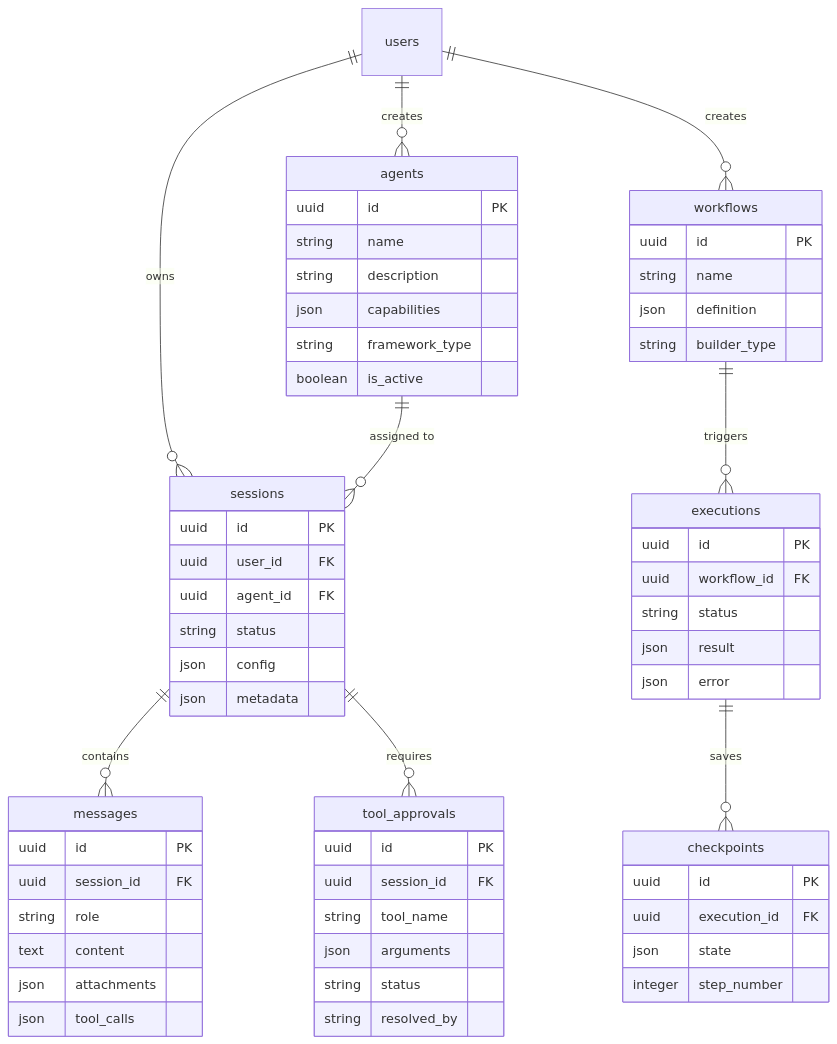
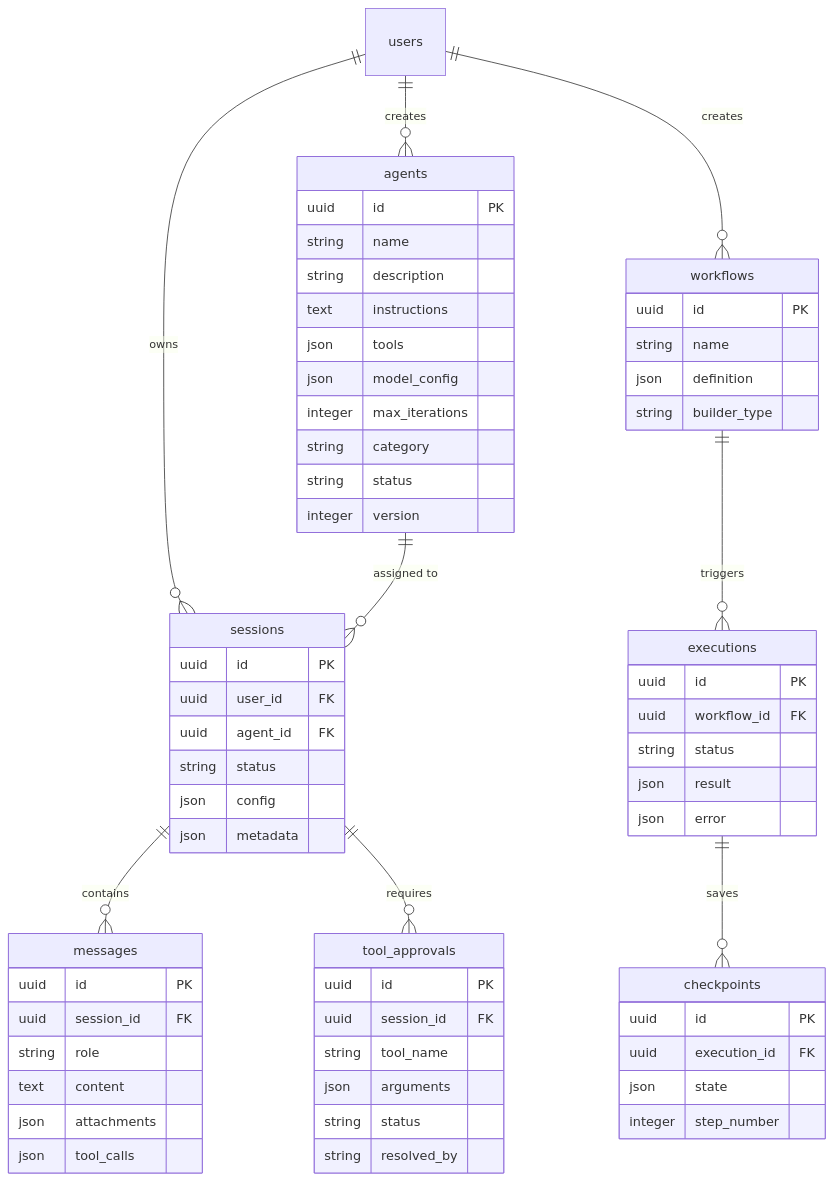
The diagram in docs/07-analysis/V9/08-data-model/data-model-analysis.md (laitim2001/ai-semantic-kernel-framework-project), drawn with Mermaid before and after one commit. The commit also changed 1 other file, not shown here.

Commit message:
docs(analysis): V9 Wave 4 deep verification fixes — L10+L11 corrections
Wave 4: 6 agents, 60 behavioral claims verified. 48 PASS, 4 PARTIAL, 8 FAIL.

L10 fixes:
- SessionEventType: noted as 17 values (not 15) in verification files
- WorkflowService: actual class is WorkflowExecutionService (execution, not CRUD)

L11 fixes:
- Agent model ER diagram: capabilities→tools, framework_type→category,
  is_active→status, added instructions/model_config/max_iterations/version
- storage/ file count: 14→18 (includes backends/ subdir)
- checkpoint/ file count: 7→8 (includes adapters/ subdir)
- monitoring/ directory doesn't exist → replaced with dist_lock/ in diagram
- ARQ Workers: Phase 40→Phase 39 (Sprint 136) noted

Notable clean results: L10-session 10/10, L11-security-config 9/10

````diff
--- a/docs/07-analysis/V9/08-data-model/data-model-analysis.md
+++ b/docs/07-analysis/V9/08-data-model/data-model-analysis.md
@@ -72,69 +72,73 @@
 ```mermaid
 erDiagram
     users ||--o{ agents : "creates"
     users ||--o{ sessions : "owns"
     users ||--o{ workflows : "creates"
 
     agents ||--o{ sessions : "assigned to"
     agents {
         uuid id PK
         string name
         string description
-        json capabilities
-        string framework_type
-        boolean is_active
+        text instructions
+        json tools
+        json model_config
+        integer max_iterations
+        string category
+        string status
+        integer version
     }
 
     sessions ||--o{ messages : "contains"
     sessions ||--o{ tool_approvals : "requires"
     sessions {
         uuid id PK
         uuid user_id FK
         uuid agent_id FK
         string status
         json config
         json metadata
     }
 
     messages {
         uuid id PK
         uuid session_id FK
         string role
         text content
         json attachments
         json tool_calls
     }
 
     tool_approvals {
         uuid id PK
         uuid session_id FK
         string tool_name
         json arguments
         string status
         string resolved_by
     }
 
     workflows ||--o{ executions : "triggers"
     workflows {
         uuid id PK
         string name
         json definition
         string builder_type
     }
 
     executions ||--o{ checkpoints : "saves"
     executions {
         uuid id PK
         uuid workflow_id FK
         string status
         json result
         json error
     }
 
     checkpoints {
         uuid id PK
         uuid execution_id FK
         json state
         integer step_number
     }
 ```
````
